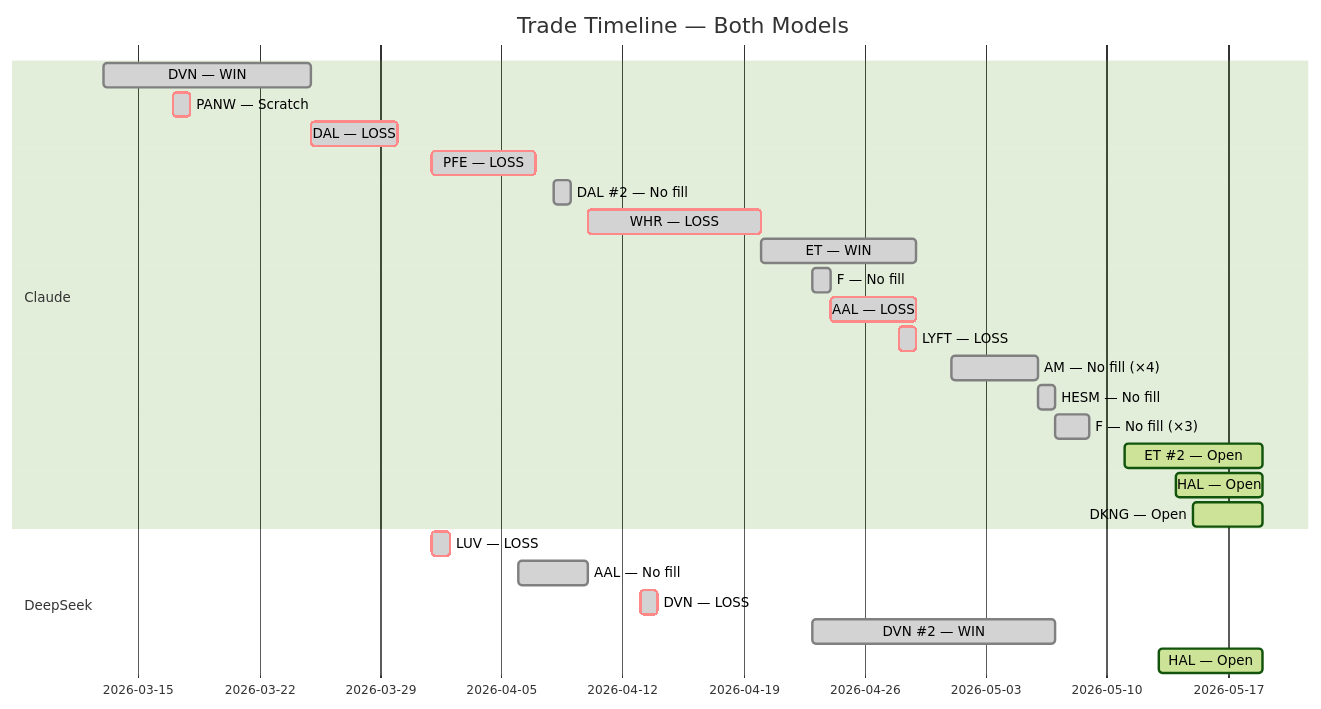
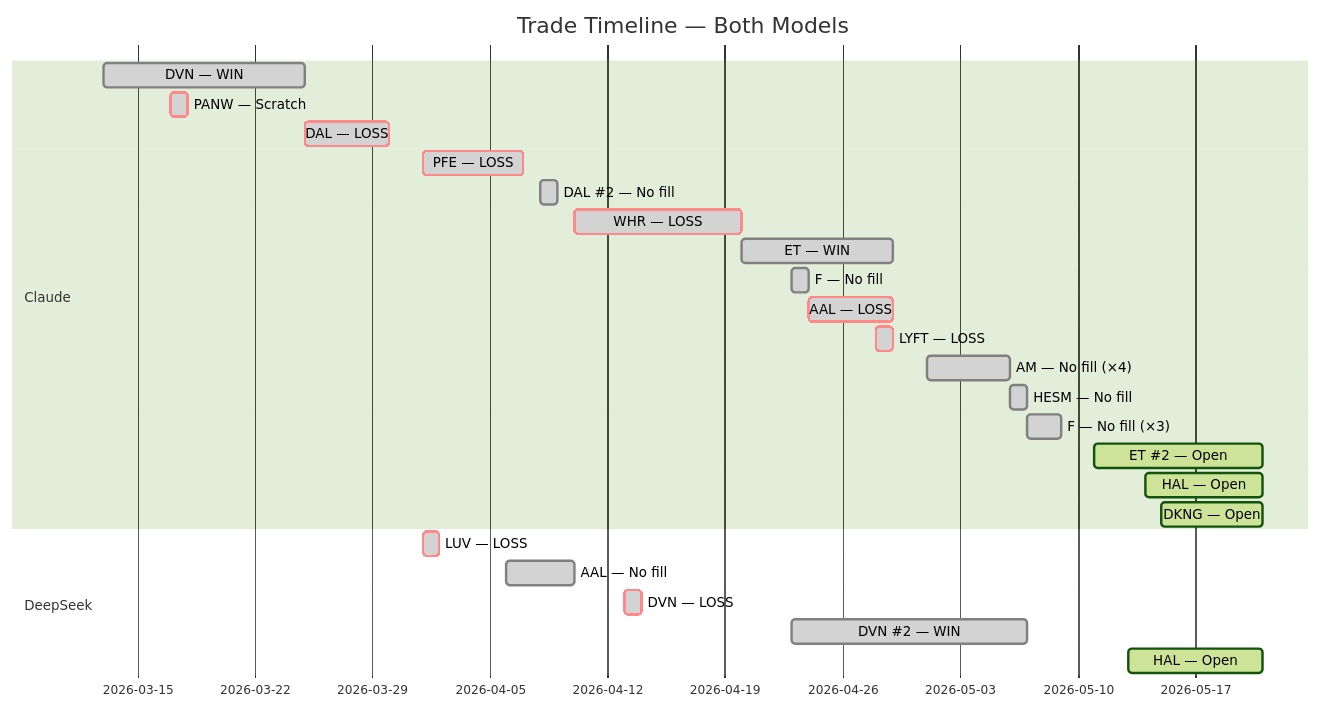
The fifth of 5 diagrams in README.md (zachisit/ai-auto-buy-thesis), drawn with Mermaid (forest theme) before and after one commit. The commit also changed other lines of this file, not shown here.

````diff
--- a/README.md
+++ b/README.md
@@ -63,28 +63,28 @@
 ```mermaid
 gantt
     title Trade Timeline — Both Models
     dateFormat YYYY-MM-DD
     section Claude
     DVN — WIN            :done,    2026-03-13, 2026-03-25
     PANW — Scratch       :crit, done, 2026-03-17, 2026-03-18
     DAL — LOSS           :crit, done, 2026-03-25, 2026-03-30
     PFE — LOSS           :crit, done, 2026-04-01, 2026-04-07
     DAL #2 — No fill     :done,    2026-04-08, 2026-04-09
     WHR — LOSS           :crit, done, 2026-04-10, 2026-04-20
     ET — WIN             :done,    2026-04-20, 2026-04-29
     F — No fill          :done,    2026-04-23, 2026-04-24
     AAL — LOSS           :crit, done, 2026-04-24, 2026-04-29
     LYFT — LOSS          :crit, done, 2026-04-28, 2026-04-29
     AM — No fill (×4)    :done,    2026-05-01, 2026-05-06
     HESM — No fill       :done,    2026-05-06, 2026-05-07
     F — No fill (×3)     :done,    2026-05-07, 2026-05-09
-    ET #2 — Open         :active,  2026-05-11, 2026-05-19
-    HAL — Open           :active,  2026-05-14, 2026-05-19
-    DKNG — Open          :active,  2026-05-15, 2026-05-19
+    ET #2 — Open         :active,  2026-05-11, 2026-05-21
+    HAL — Open           :active,  2026-05-14, 2026-05-21
+    DKNG — Open          :active,  2026-05-15, 2026-05-21
     section DeepSeek
     LUV — LOSS           :crit, done, 2026-04-01, 2026-04-02
     AAL — No fill        :done,    2026-04-06, 2026-04-10
     DVN — LOSS           :crit, done, 2026-04-13, 2026-04-14
     DVN #2 — WIN         :done,    2026-04-23, 2026-05-07
-    HAL — Open           :active,  2026-05-13, 2026-05-19
+    HAL — Open           :active,  2026-05-13, 2026-05-21
 ```
````
